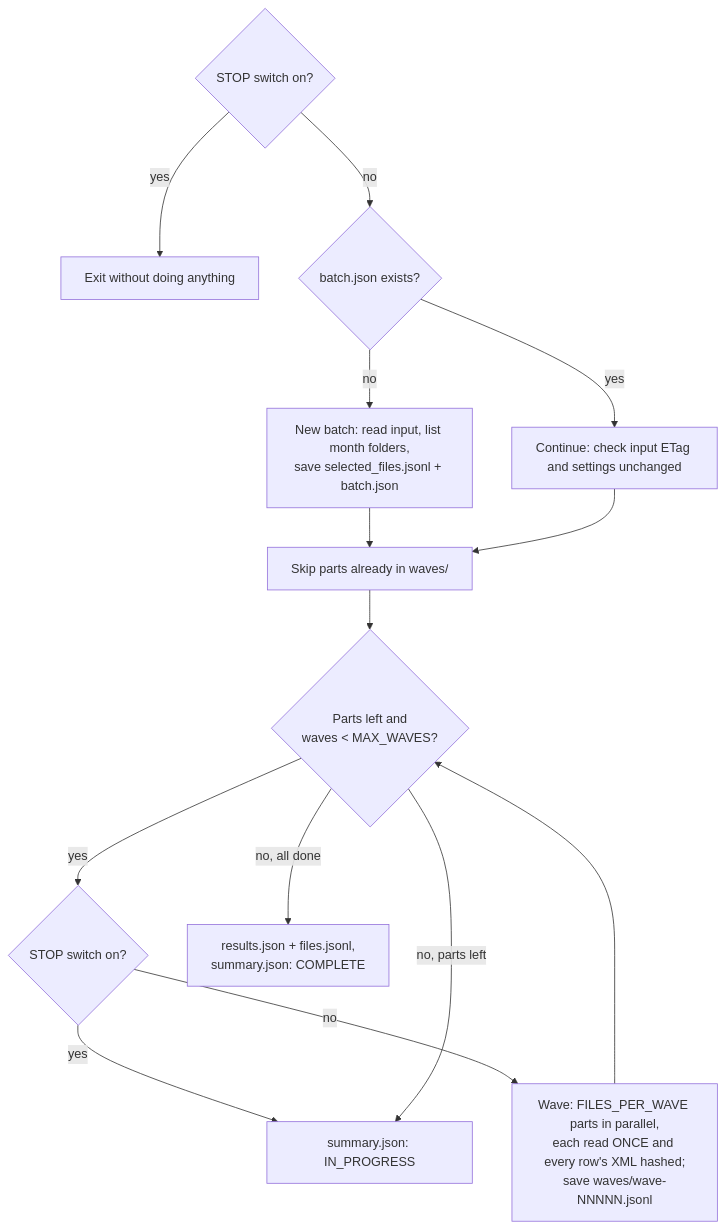
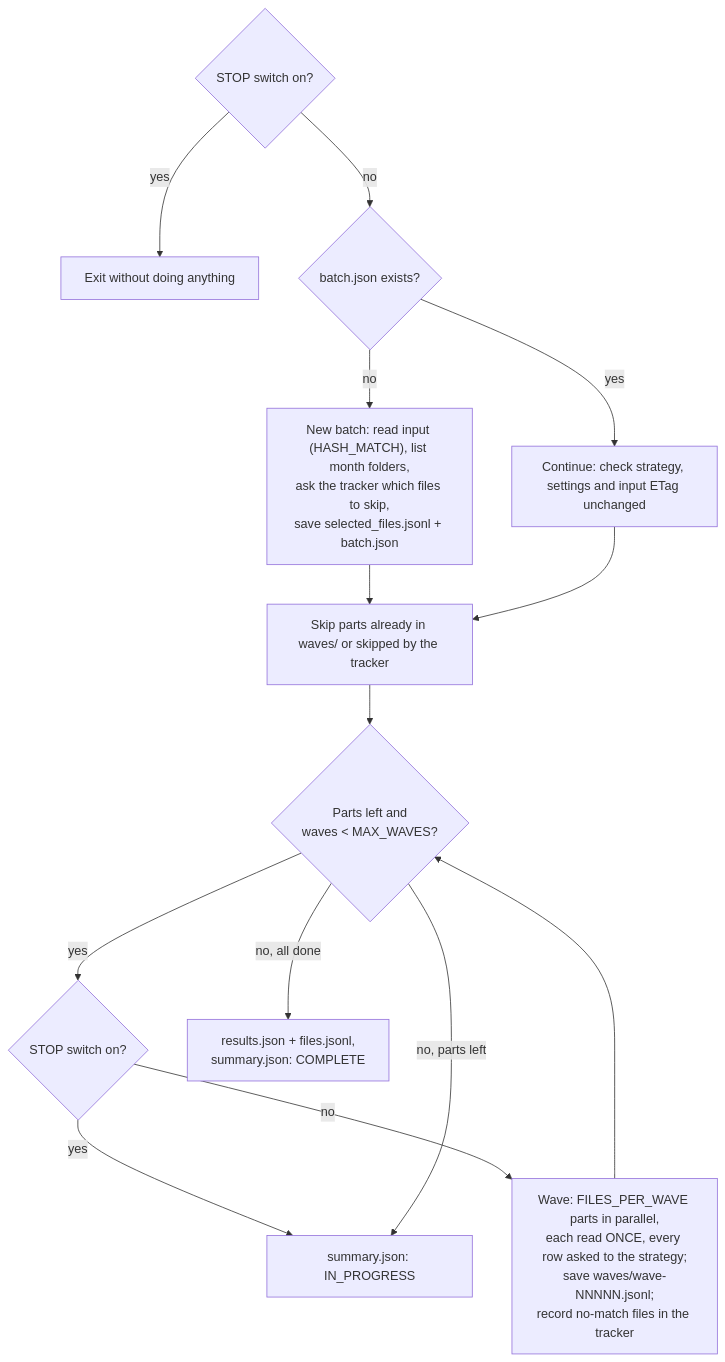
Before and after one commit to johnsooraj/find-and-forget-clone: the seventh of 9 diagrams in docs/GUIDE.md, drawn with Mermaid. The commit also changed other lines of this file and 59 other files, not shown here.

````diff
--- a/docs/GUIDE.md
+++ b/docs/GUIDE.md
@@ -372,15 +481,15 @@
 ```mermaid
 flowchart TD
   A{STOP switch on?} -- yes --> X[Exit without doing anything]
   A -- no --> B{batch.json exists?}
-  B -- no --> C["New batch: read input, list month folders,<br/>save selected_files.jsonl + batch.json"]
-  B -- yes --> D["Continue: check input ETag and settings unchanged"]
-  C & D --> E[Skip parts already in waves/]
+  B -- no --> C["New batch: read input (HASH_MATCH), list month folders,<br/>ask the tracker which files to skip,<br/>save selected_files.jsonl + batch.json"]
+  B -- yes --> D["Continue: check strategy, settings and input ETag unchanged"]
+  C & D --> E[Skip parts already in waves/ or skipped by the tracker]
   E --> F{"Parts left and<br/>waves &lt; MAX_WAVES?"}
   F -- yes --> G{STOP switch on?}
   G -- yes --> I
-  G -- no --> H["Wave: FILES_PER_WAVE parts in parallel,<br/>each read ONCE and every row's XML hashed;<br/>save waves/wave-NNNNN.jsonl"]
+  G -- no --> H["Wave: FILES_PER_WAVE parts in parallel,<br/>each read ONCE, every row asked to the strategy;<br/>save waves/wave-NNNNN.jsonl;<br/>record no-match files in the tracker"]
   H --> F
   F -- "no, parts left" --> I["summary.json: IN_PROGRESS"]
   F -- "no, all done" --> J["results.json + files.jsonl,<br/>summary.json: COMPLETE"]
 ```
````
